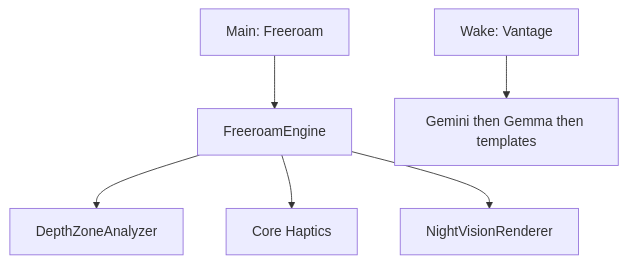
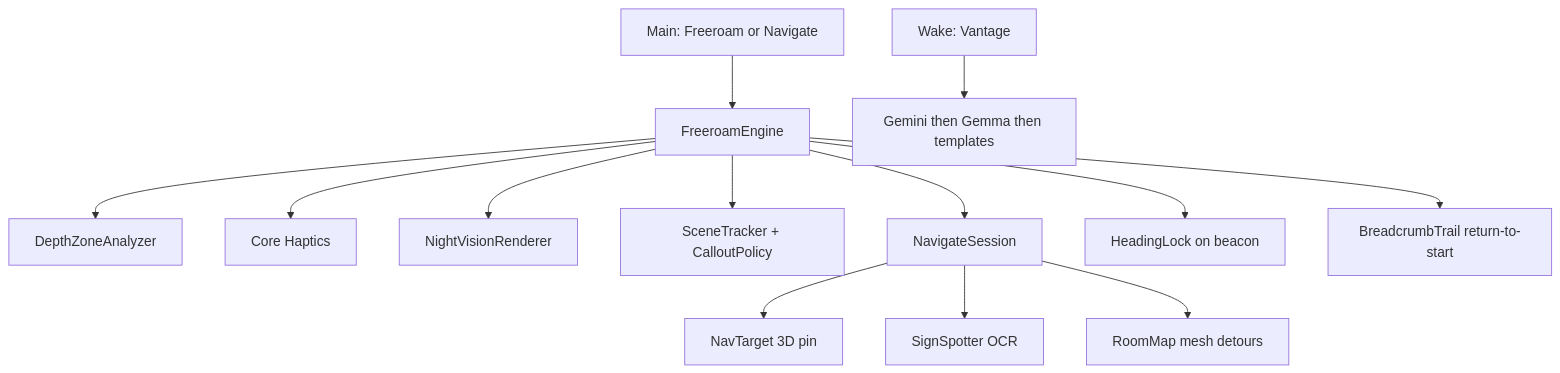
Before and after one commit to prathamwankhede/Vantage: the diagram in PLAN.md, drawn with Mermaid. The commit also changed other lines of this file and 11 other files, not shown here.

First line of the commit message:
Merge Freeroam UX onto Navigate pins.

````diff
--- a/PLAN.md
+++ b/PLAN.md
@@ -13,8 +13,15 @@
 ```mermaid
 flowchart TD
-  Main[Main: Freeroam] --> Freeroam[FreeroamEngine]
+  Main[Main: Freeroam or Navigate] --> Freeroam[FreeroamEngine]
   Freeroam --> Depth[DepthZoneAnalyzer]
   Freeroam --> Haptics[Core Haptics]
   Freeroam --> NV[NightVisionRenderer]
+  Freeroam --> Scene[SceneTracker + CalloutPolicy]
+  Freeroam --> Nav[NavigateSession]
+  Nav --> Pin[NavTarget 3D pin]
+  Nav --> Signs[SignSpotter OCR]
+  Nav --> Mesh[RoomMap mesh detours]
+  Freeroam --> Head[HeadingLock on beacon]
+  Freeroam --> Crumb[BreadcrumbTrail return-to-start]
   Ask[Wake: Vantage] --> SceneAI[Gemini then Gemma then templates]
 ```
````
